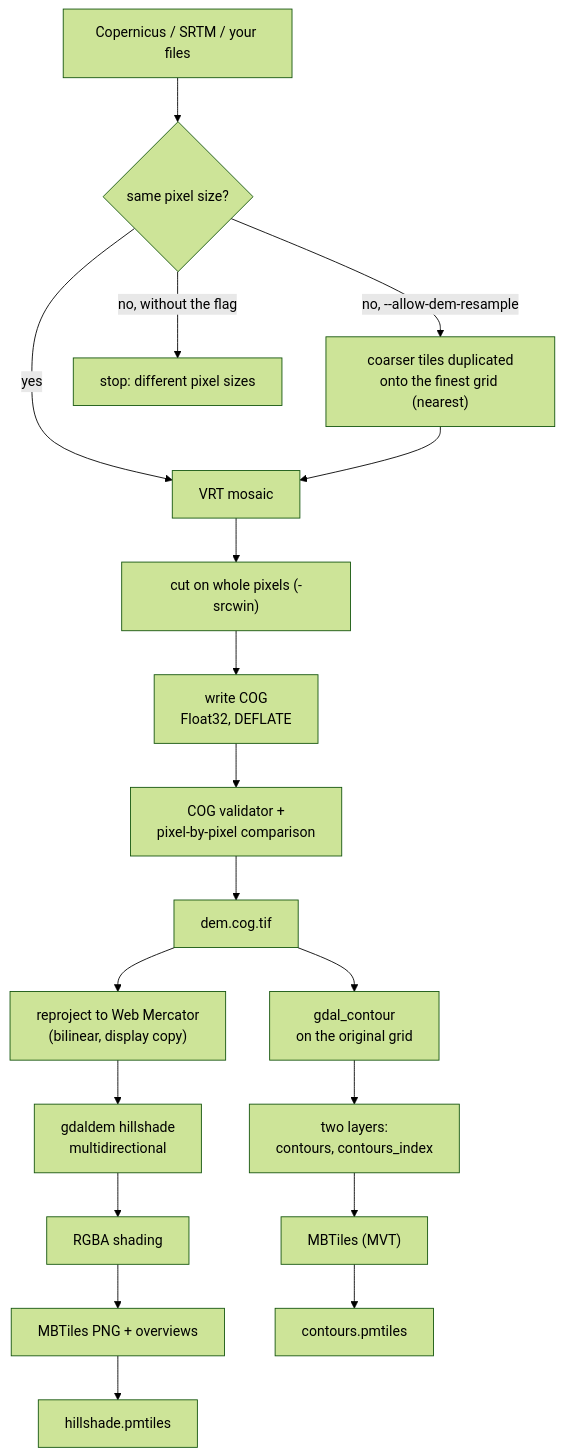
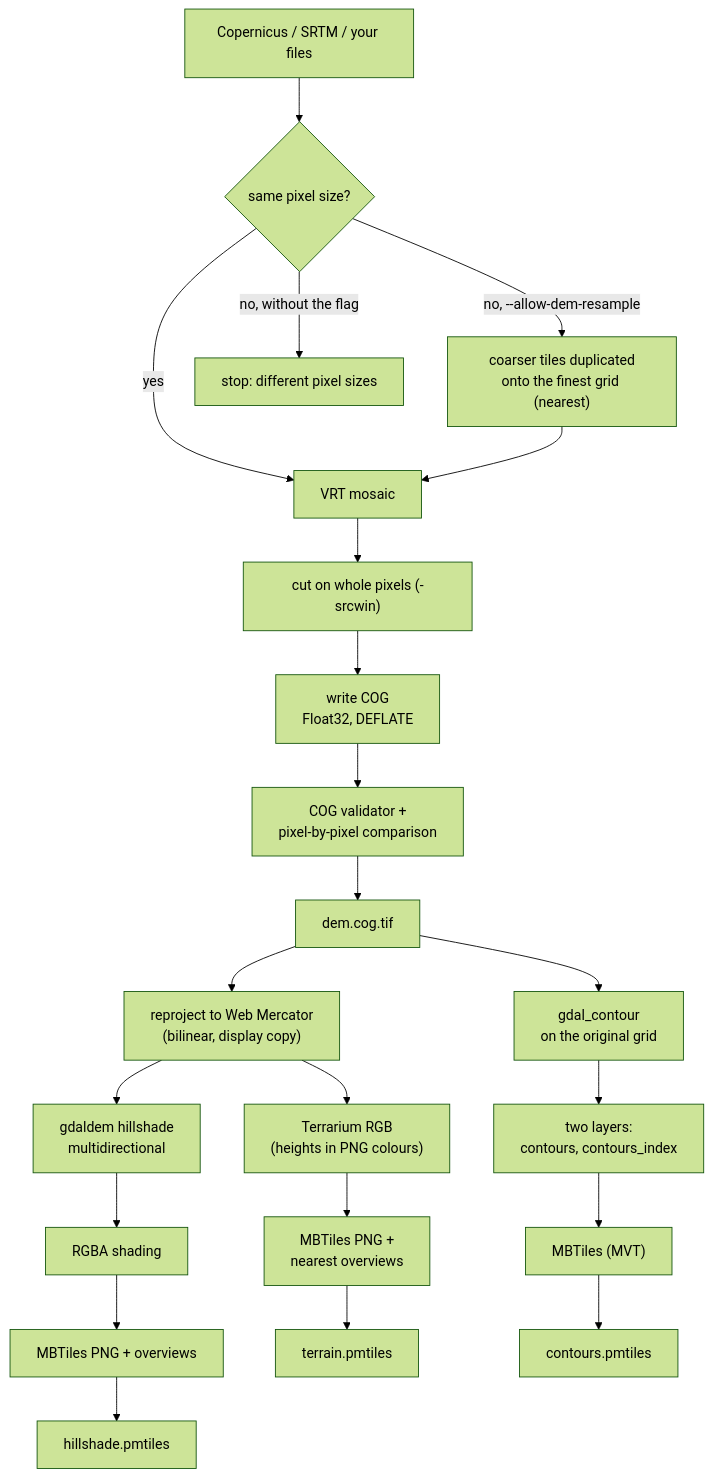
Before and after one commit to Rufics/fpv-radio-map: the third of 6 diagrams in docs/admin/map-generation.md, drawn with Mermaid (forest theme). The commit also changed other lines of this file and 52 other files, not shown here.

````diff
--- a/docs/admin/map-generation.md
+++ b/docs/admin/map-generation.md
@@ -129,22 +131,26 @@
 ```mermaid
 flowchart TB
     t["Copernicus / SRTM / your files"] --> g{"same pixel size?"}
     g -->|yes| v["VRT mosaic"]
     g -->|"no, --allow-dem-resample"| n["coarser tiles duplicated<br/>onto the finest grid (nearest)"] --> v
     g -->|"no, without the flag"| x["stop: different pixel sizes"]
     v --> w["cut on whole pixels (-srcwin)"]
     w --> cog["write COG<br/>Float32, DEFLATE"]
     cog --> chk["COG validator +<br/>pixel-by-pixel comparison"]
     chk --> dem["dem.cog.tif"]
 
     dem --> m["reproject to Web Mercator<br/>(bilinear, display copy)"]
     m --> h["gdaldem hillshade<br/>multidirectional"]
     h --> r["RGBA shading"]
     r --> hm["MBTiles PNG + overviews"]
     hm --> hp["hillshade.pmtiles"]
 
+    m --> tr["Terrarium RGB<br/>(heights in PNG colours)"]
+    tr --> tm["MBTiles PNG +<br/>nearest overviews"]
+    tm --> tp["terrain.pmtiles"]
+
     dem --> c["gdal_contour<br/>on the original grid"]
     c --> l["two layers:<br/>contours, contours_index"]
     l --> cm["MBTiles (MVT)"]
     cm --> cp["contours.pmtiles"]
 ```
````
